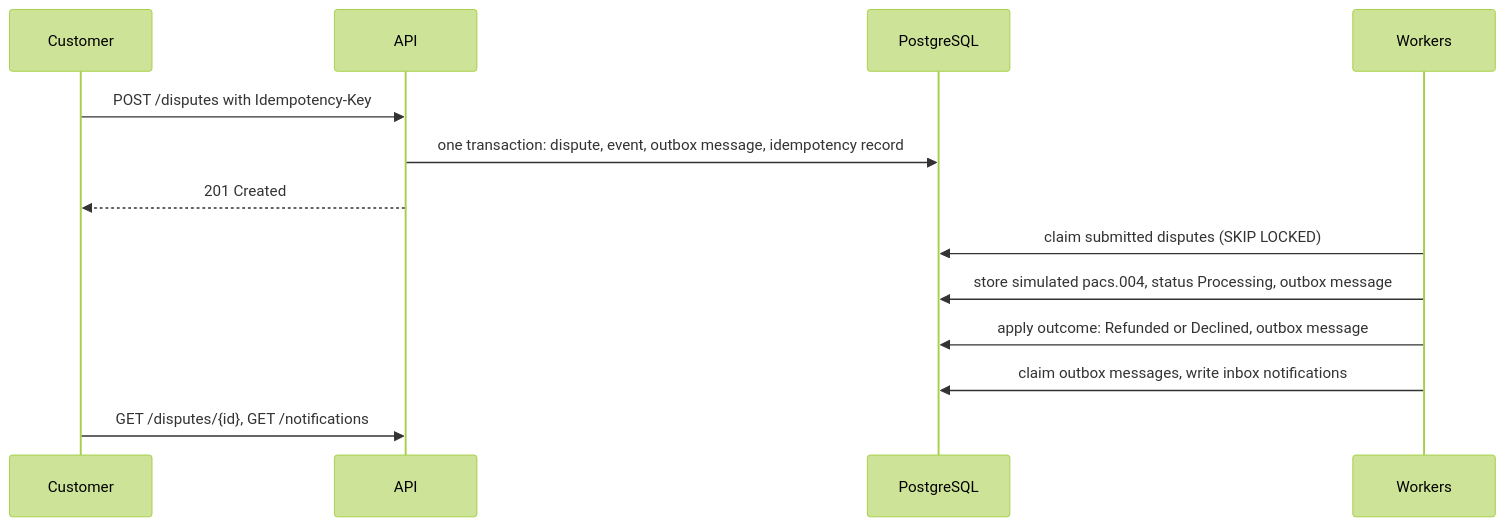
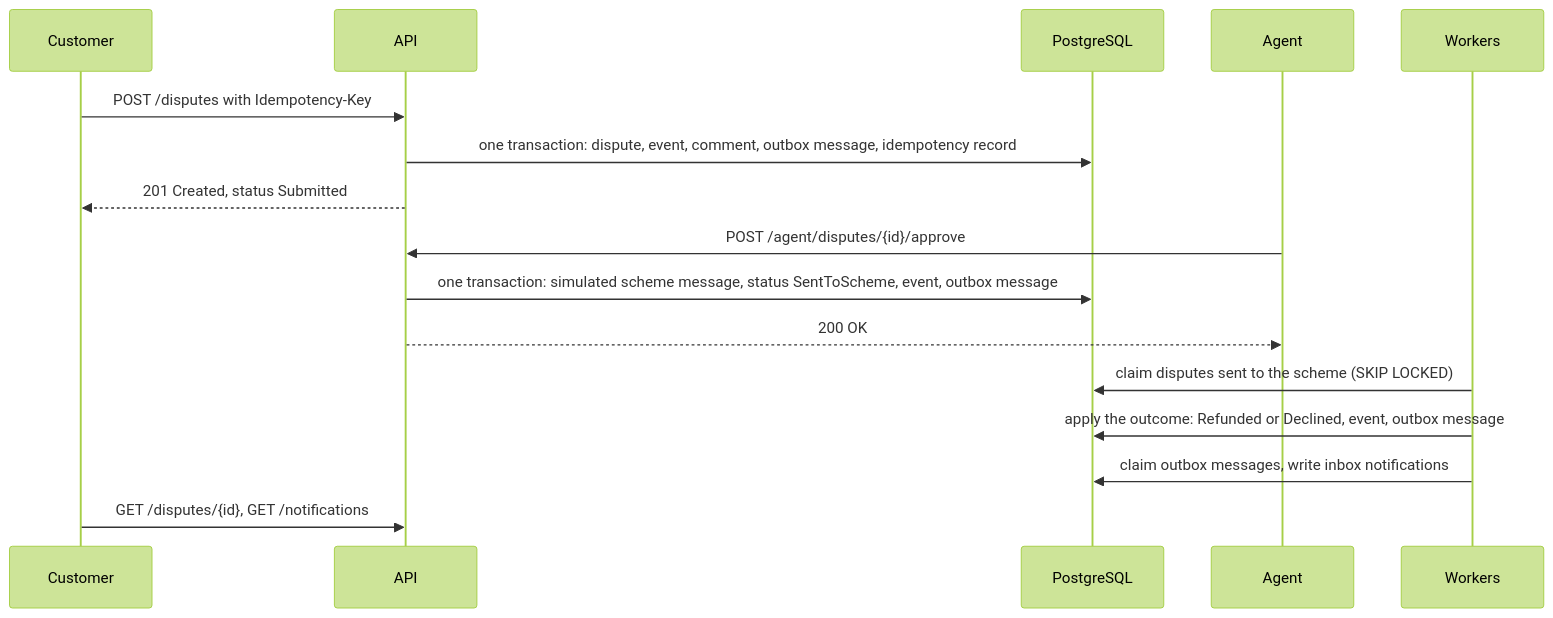
Before and after one commit to majinbruu/dispute-portal-api: the second of 3 diagrams in README.md, drawn with Mermaid (forest theme). The commit also changed other lines of this file, not shown here.

First line of the commit message:
docs: rewrite the README for card transactions, agent review and the new ways to run

````diff
--- a/README.md
+++ b/README.md
@@ -214,15 +299,18 @@
 ```mermaid
 sequenceDiagram
   participant C as Customer
   participant A as API
   participant DB as PostgreSQL
+  participant G as Agent
   participant W as Workers
   C->>A: POST /disputes with Idempotency-Key
-  A->>DB: one transaction: dispute, event, outbox message, idempotency record
-  A-->>C: 201 Created
-  W->>DB: claim submitted disputes (SKIP LOCKED)
-  W->>DB: store simulated pacs.004, status Processing, outbox message
-  W->>DB: apply outcome: Refunded or Declined, outbox message
+  A->>DB: one transaction: dispute, event, comment, outbox message, idempotency record
+  A-->>C: 201 Created, status Submitted
+  G->>A: POST /agent/disputes/{id}/approve
+  A->>DB: one transaction: simulated scheme message, status SentToScheme, event, outbox message
+  A-->>G: 200 OK
+  W->>DB: claim disputes sent to the scheme (SKIP LOCKED)
+  W->>DB: apply the outcome: Refunded or Declined, event, outbox message
   W->>DB: claim outbox messages, write inbox notifications
   C->>A: GET /disputes/{id}, GET /notifications
 ```
````
